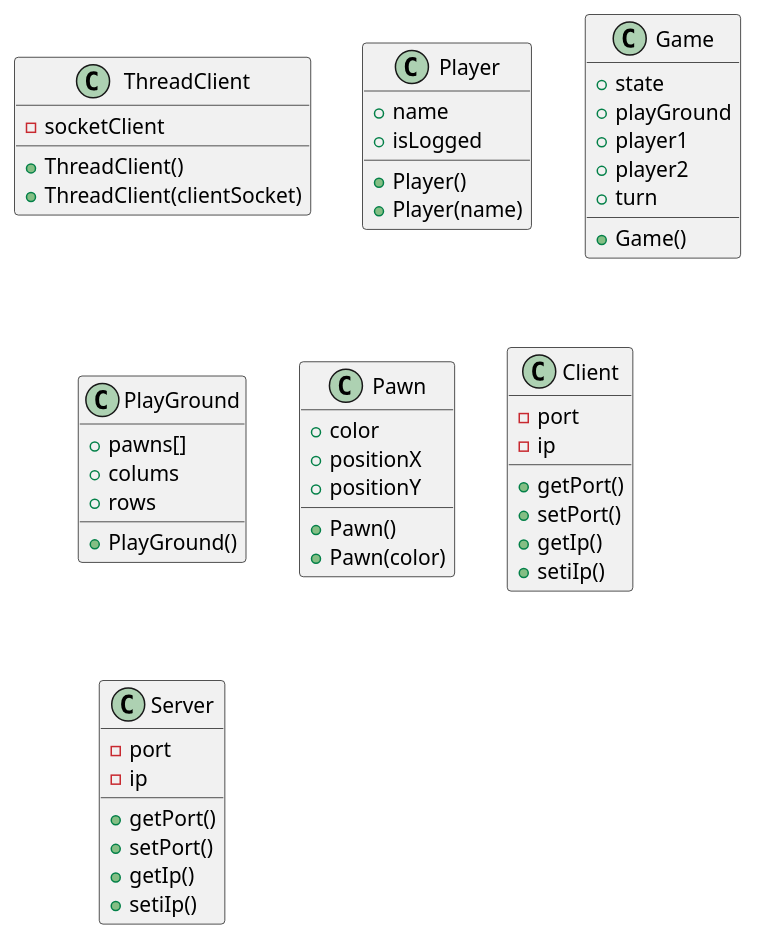
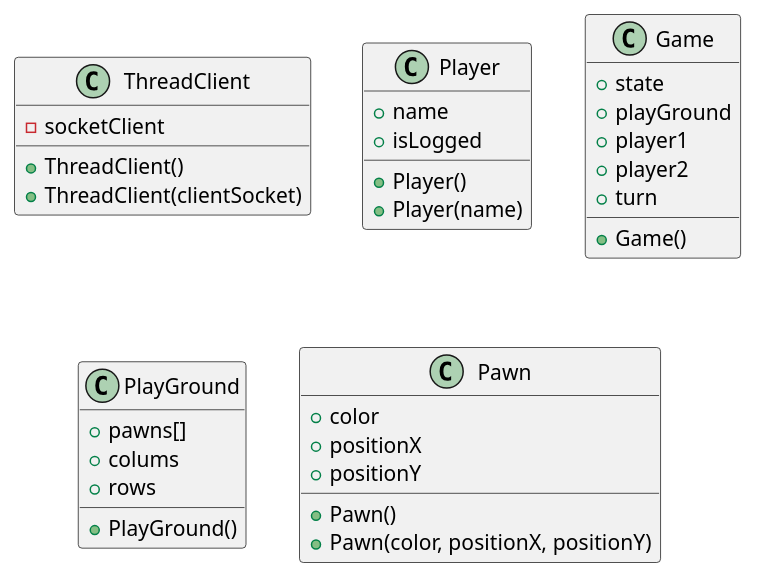
One commit to dennisgallina/Forza-4 changed the diagram in Progettazione/Class Diagram.puml. Above: the diagram before and after it, drawn with PlantUML.

Commit message:
Aggiornamento UML

```diff
--- a/Progettazione/Class Diagram.puml
+++ b/Progettazione/Class Diagram.puml
@@ -1,63 +1,43 @@
 @startuml Forza 4
 Class "ThreadClient" {
     +ThreadClient()
     +ThreadClient(clientSocket)
 
     -socketClient
 }
 
 class "Player" {
     +Player()
     +Player(name)
 
     +name
     +isLogged
 }
 
 class "Game" {
     +Game()
 
     +state
     +playGround
     +player1
     +player2
     +turn
 }
 
 class "PlayGround" {
     +PlayGround()
 
     +pawns[]
     +colums
     +rows
 }
 
 class "Pawn" {
     +Pawn()
-    +Pawn(color)
+    +Pawn(color, positionX, positionY)
 
     +color
     +positionX
     +positionY
 }
-
-Class "Client" {
-    -port
-    -ip
-
-    +getPort()
-    +setPort()
-    +getIp()
-    +setiIp()
-}
-
-Class "Server" {
-    -port
-    -ip
-
-    +getPort()
-    +setPort()
-    +getIp()
-    +setiIp()
-}
 @enduml
```
